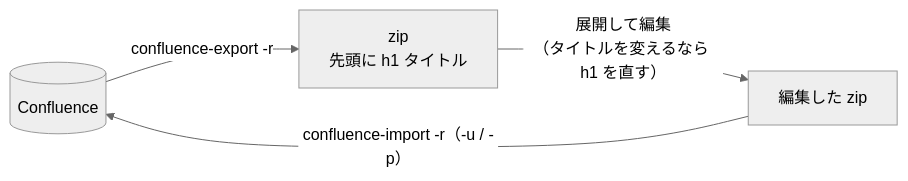
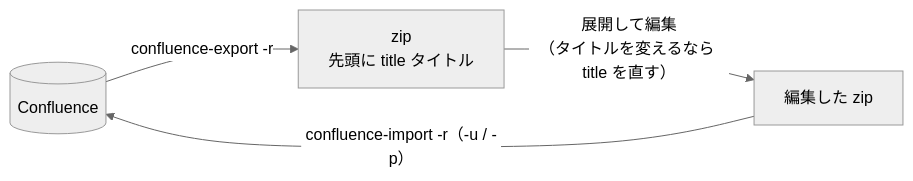
One commit to cr1315/.rayrc changed the sixth of 6 diagrams in src/80_confluence/refactoring.md. Above: the diagram before and after it, drawn with Mermaid (neutral theme). The commit also changed other lines of this file and 3 other files, not shown here.

````diff
--- a/src/80_confluence/refactoring.md
+++ b/src/80_confluence/refactoring.md
@@ -175,6 +189,6 @@
 ```mermaid
 flowchart LR
-    C[(Confluence)] -- "confluence-export -r" --> Z["zip<br/>先頭に h1 タイトル"]
-    Z -- "展開して編集<br/>（タイトルを変えるなら h1 を直す）" --> Z2[編集した zip]
+    C[(Confluence)] -- "confluence-export -r" --> Z["zip<br/>先頭に title タイトル"]
+    Z -- "展開して編集<br/>（タイトルを変えるなら title を直す）" --> Z2[編集した zip]
     Z2 -- "confluence-import -r（-u / -p）" --> C
 ```
````
